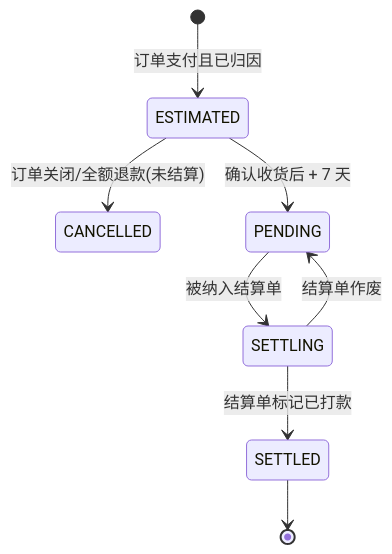
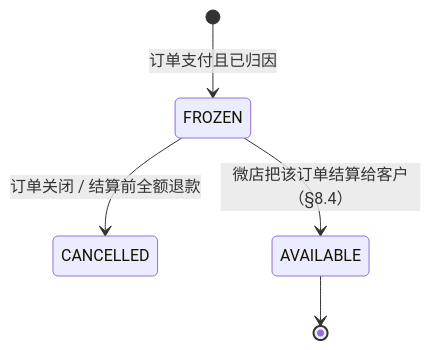
One commit to ksws00684315/t-crm changed the fifth of 6 diagrams in docs/03-设计/系统详细设计说明书.md. Above: the diagram before and after it, drawn with Mermaid. The commit also changed other lines of this file and 7 other files, not shown here.

````diff
--- a/docs/03-设计/系统详细设计说明书.md
+++ b/docs/03-设计/系统详细设计说明书.md
@@ -466,10 +522,7 @@
 ```mermaid
 stateDiagram-v2
-  [*] --> ESTIMATED: 订单支付且已归因
-  ESTIMATED --> CANCELLED: 订单关闭/全额退款(未结算)
-  ESTIMATED --> PENDING: 确认收货后 + 7 天
-  PENDING --> SETTLING: 被纳入结算单
-  SETTLING --> PENDING: 结算单作废
-  SETTLING --> SETTLED: 结算单标记已打款
-  SETTLED --> [*]
+  [*] --> FROZEN: 订单支付且已归因
+  FROZEN --> CANCELLED: 订单关闭 / 结算前全额退款
+  FROZEN --> AVAILABLE: 微店把该订单结算给客户（§8.4）
+  AVAILABLE --> [*]
 ```
````
